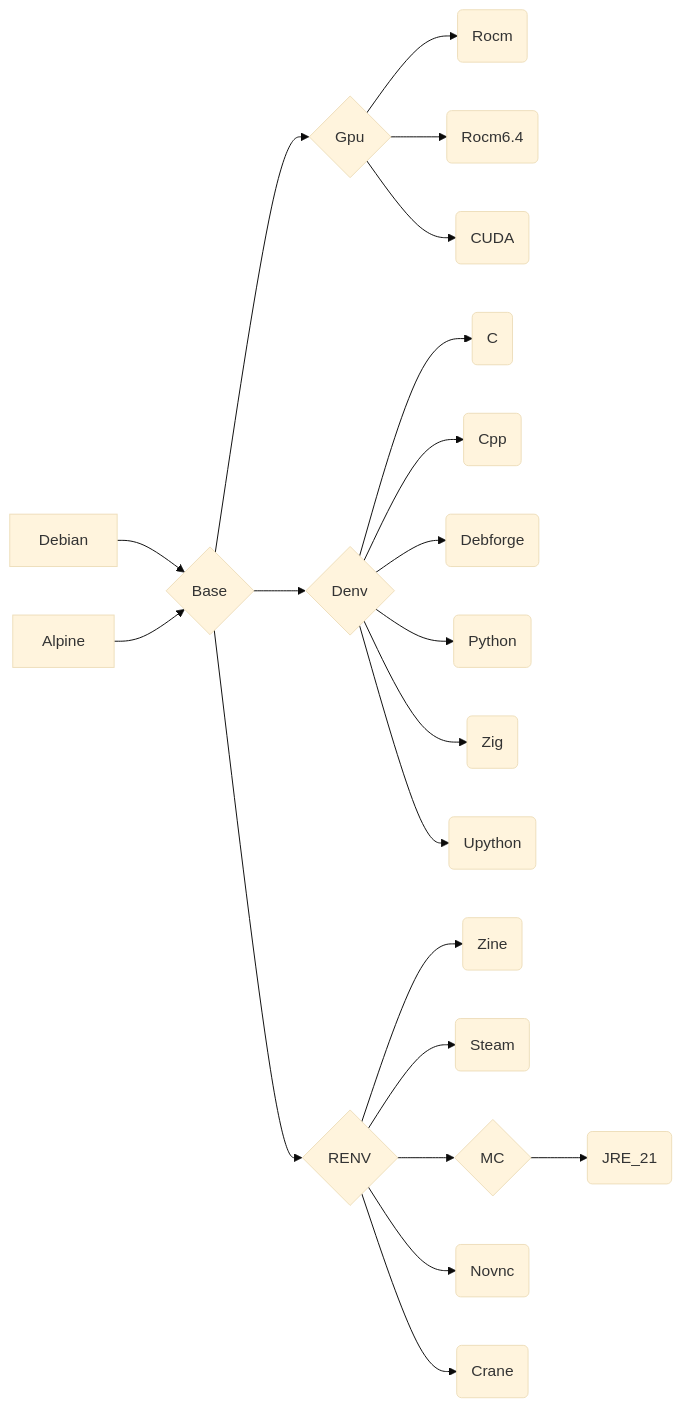
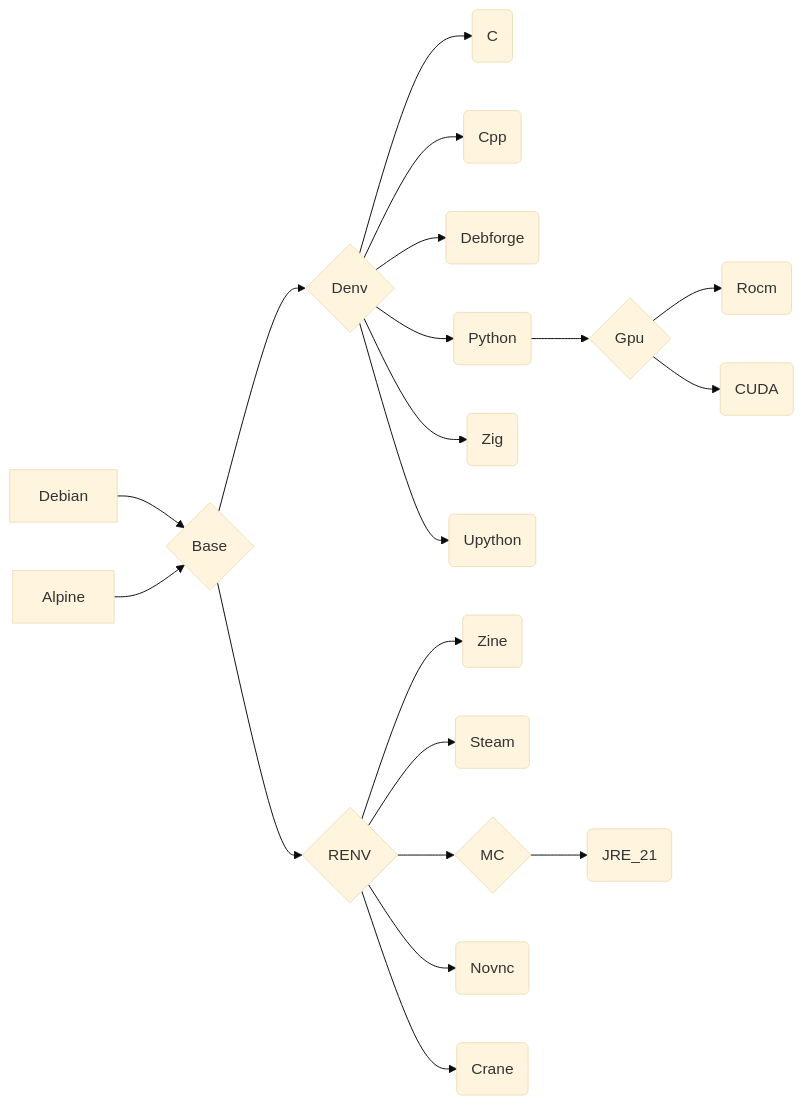
The diagram in README.md (eoeair/cenv), drawn with Mermaid (base theme) before and after one commit. The commit also changed other lines of this file and 9 other files, not shown here.

````diff
--- a/README.md
+++ b/README.md
@@ -57,24 +52,23 @@
 ```mermaid
 graph LR
 Debian-->B{Base}
 Alpine-->B
- 
-B-->G{Gpu}-->GA(Rocm)
-G-->GB(Rocm6.4)
-G-->GC(CUDA)
 
 B-->D{Denv}
 D-->DA(C)
 D-->DB(Cpp)
 D-->DF(Debforge)
 D-->DC(Python)
 D-->DD(Zig)
 D-->DE(Upython)
 
+DC-->G{Gpu}-->GA(Rocm)
+G-->GB(CUDA)
+
 B-->R{RENV}
 R-->RA(Zine)
 R-->RB(Steam)
 R-->RC{MC}-->RCA(JRE_21)
 R-->RD(Novnc)
 R-->RE(Crane)
 ```
````
